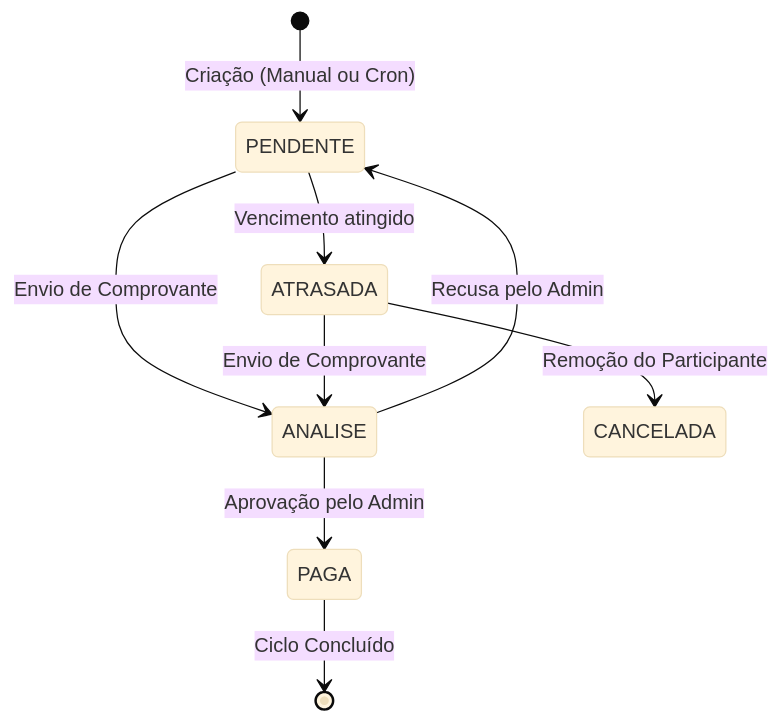
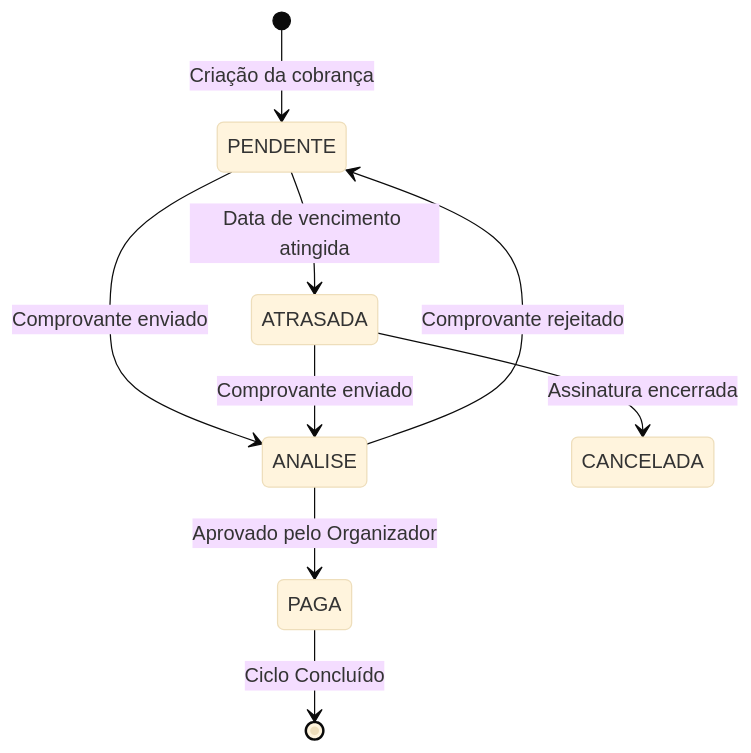
The first of 2 diagrams in content/docs/especificacao/arquitetura.mdx (MateusNGF/streamshare), drawn with Mermaid (base theme) before and after one commit. The commit also changed other lines of this file and 22 other files, not shown here.

Commit message:
fix: mermaid fixed and text sanitiz

````diff
--- a/content/docs/especificacao/arquitetura.mdx
+++ b/content/docs/especificacao/arquitetura.mdx
@@ -12,11 +18,11 @@
 ```mermaid
 stateDiagram-v2
-    [*] --> PENDENTE: Criação (Manual ou Cron)
-    PENDENTE --> ANALISE: Envio de Comprovante
-    ANALISE --> PAGA: Aprovação pelo Admin
-    ANALISE --> PENDENTE: Recusa pelo Admin
-    PENDENTE --> ATRASADA: Vencimento atingido
-    ATRASADA --> ANALISE: Envio de Comprovante
+    [*] --> PENDENTE: Criação da cobrança
+    PENDENTE --> ANALISE: Comprovante enviado
+    ANALISE --> PAGA: Aprovado pelo Organizador
+    ANALISE --> PENDENTE: Comprovante rejeitado
+    PENDENTE --> ATRASADA: Data de vencimento atingida
+    ATRASADA --> ANALISE: Comprovante enviado
     PAGA --> [*]: Ciclo Concluído
-    ATRASADA --> CANCELADA: Remoção do Participante
+    ATRASADA --> CANCELADA: Assinatura encerrada
 ```
````
